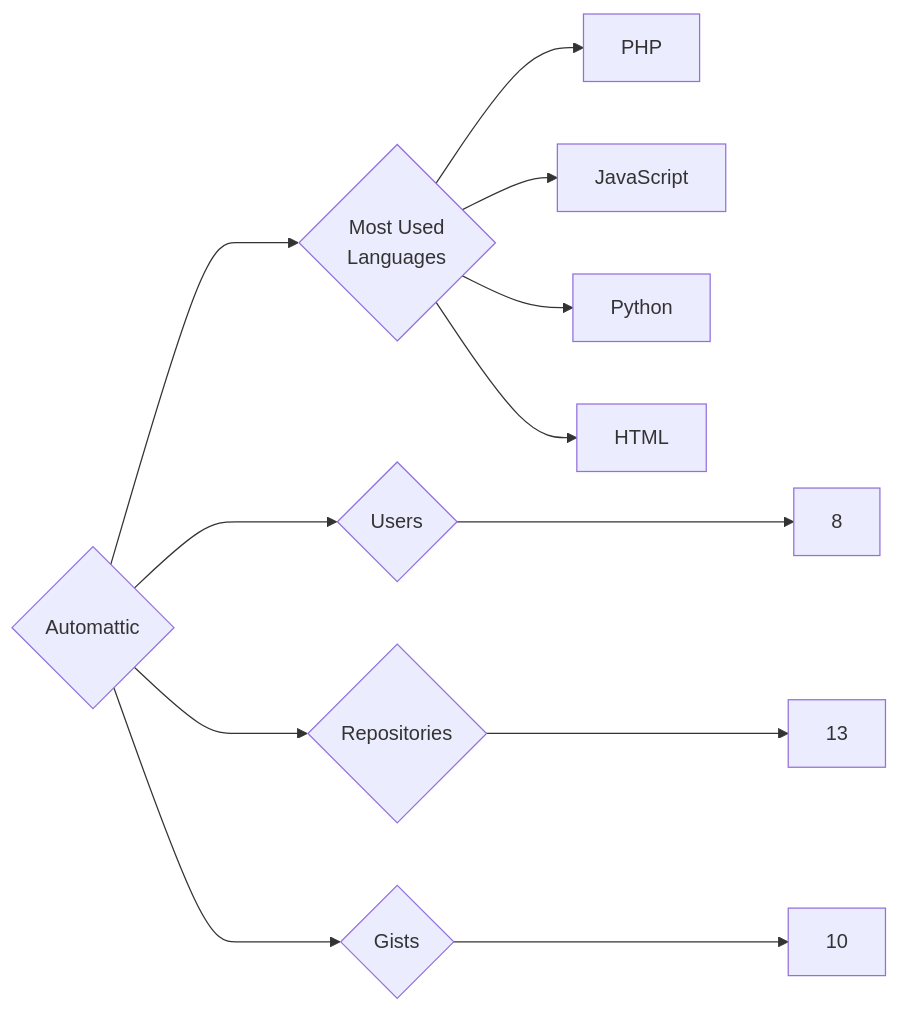
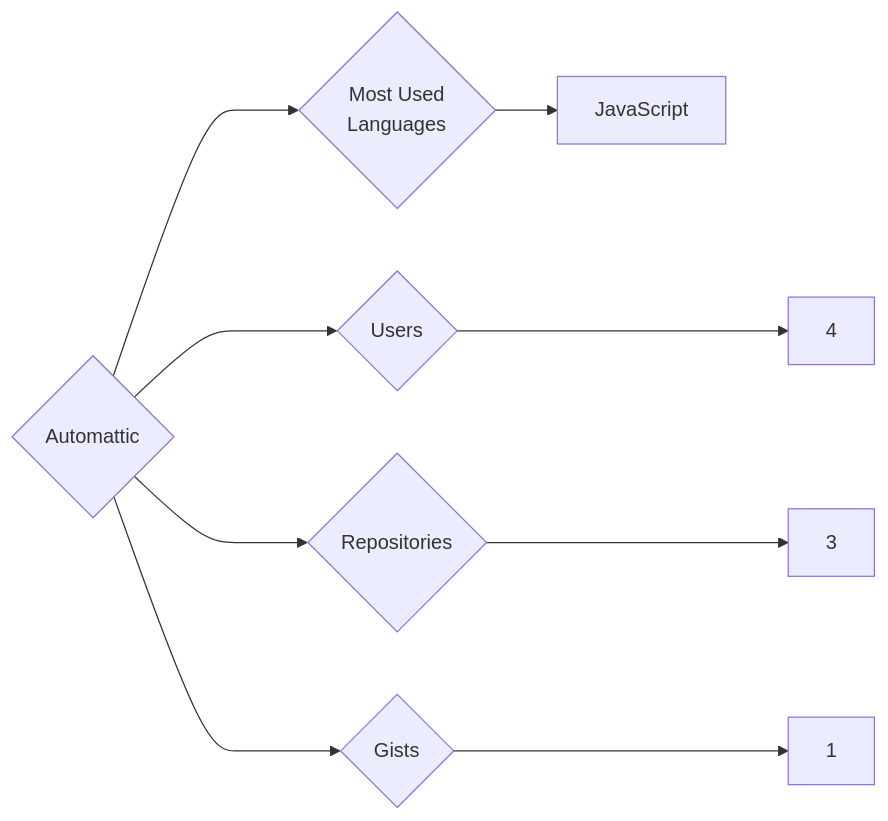
One commit to trickest/insiders changed the diagram in targets/Automattic/README.md. Above: the diagram before and after it, drawn with Mermaid. The commit also changed 1088 other files, not shown here.

````diff
--- a/targets/Automattic/README.md
+++ b/targets/Automattic/README.md
@@ -3,12 +3,9 @@
 ```mermaid
 graph LR
 COMPANY_NAME{Automattic}
-COMPANY_NAME ---> U{Users} ---> UN[8]
-COMPANY_NAME ---> R{Repositories} ---> RN[13]
-COMPANY_NAME ---> G{Gists} ---> GN[10]
+COMPANY_NAME ---> U{Users} ---> UN[4]
+COMPANY_NAME ---> R{Repositories} ---> RN[3]
+COMPANY_NAME ---> G{Gists} ---> GN[1]
 COMPANY_NAME ---> ML{Most Used<br>Languages}
-ML --> PHP[PHP]
 ML --> JavaScript[JavaScript]
-ML --> Python[Python]
-ML --> HTML[HTML]
 ```
````
